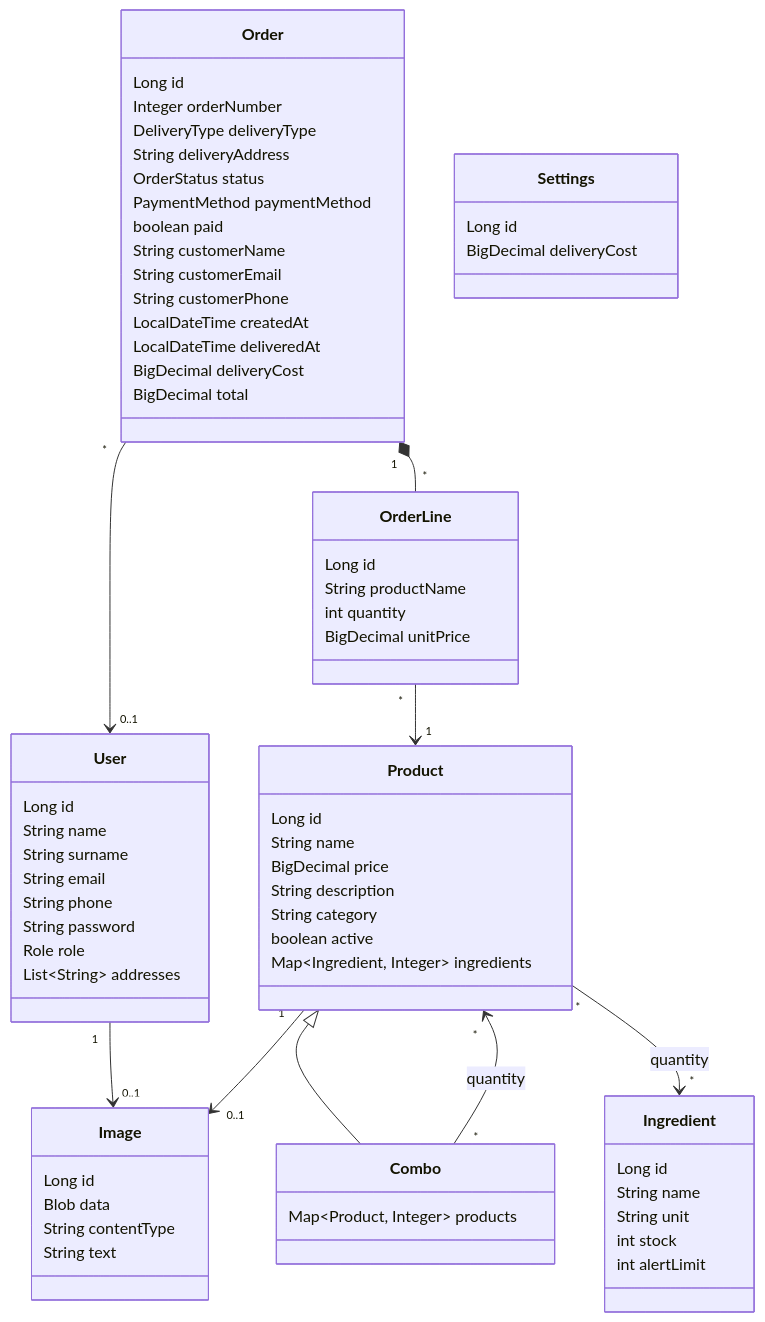
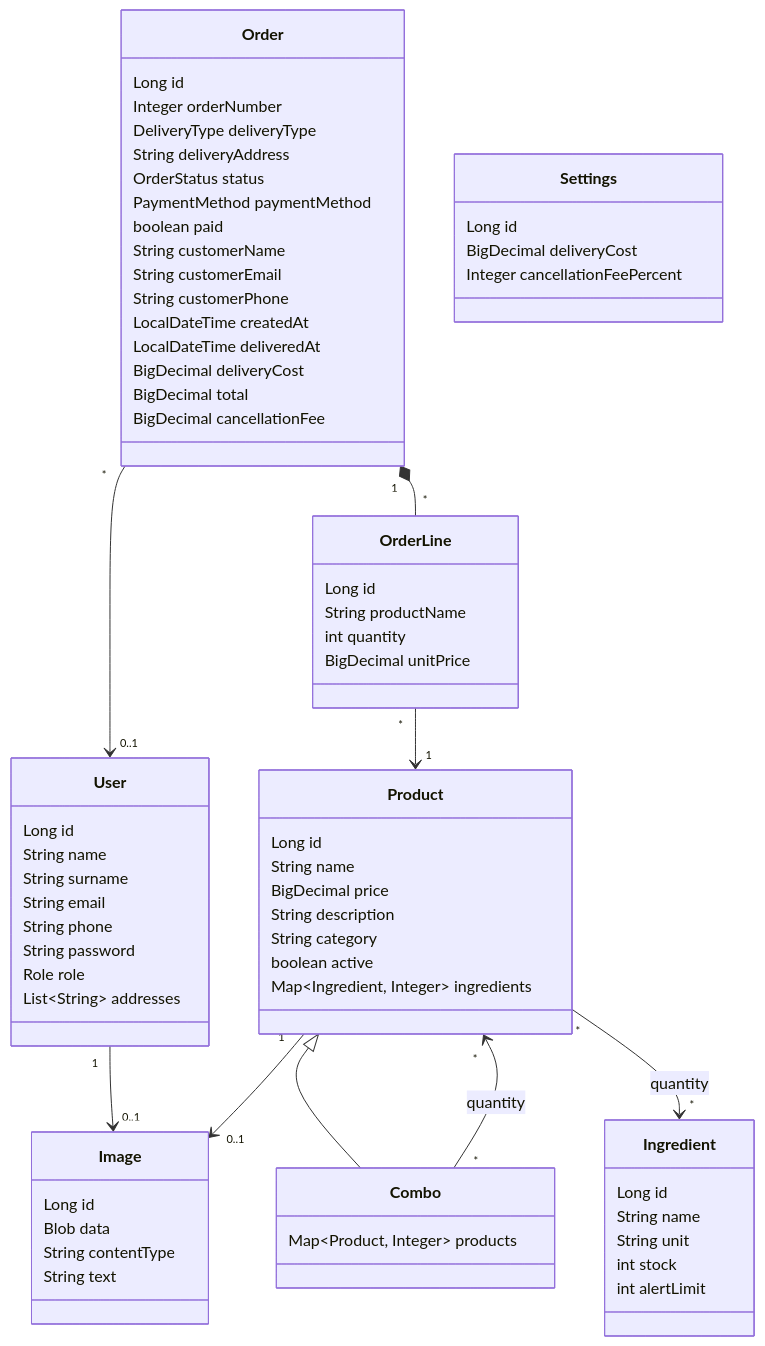
The first of 3 diagrams in docs/development-guide.md (codeurjc-students/2026-Kombo), drawn with Mermaid before and after one commit. The commit also changed other lines of this file and 42 other files, not shown here.

Commit message:
Add order cancellation with fee

````diff
--- a/docs/development-guide.md
+++ b/docs/development-guide.md
@@ -77,73 +77,75 @@
 ```mermaid
 classDiagram
     class User {
         Long id
         String name
         String surname
         String email
         String phone
         String password
         Role role
         List~String~ addresses
     }
     class Image {
         Long id
         Blob data
         String contentType
         String text
     }
     class Ingredient {
         Long id
         String name
         String unit
         int stock
         int alertLimit
     }
     class Product {
         Long id
         String name
         BigDecimal price
         String description
         String category
         boolean active
         Map~Ingredient, Integer~ ingredients
     }
     class Combo {
         Map~Product, Integer~ products
     }
     class Order {
         Long id
         Integer orderNumber
         DeliveryType deliveryType
         String deliveryAddress
         OrderStatus status
         PaymentMethod paymentMethod
         boolean paid
         String customerName
         String customerEmail
         String customerPhone
         LocalDateTime createdAt
         LocalDateTime deliveredAt
         BigDecimal deliveryCost
         BigDecimal total
+        BigDecimal cancellationFee
     }
     class OrderLine {
         Long id
         String productName
         int quantity
         BigDecimal unitPrice
     }
     class Settings {
         Long id
         BigDecimal deliveryCost
+        Integer cancellationFeePercent
     }
 
     Product <|-- Combo
     User "1" --> "0..1" Image
     Product "1" --> "0..1" Image
     Product "*" --> "*" Ingredient : quantity
     Combo "*" --> "*" Product : quantity
     Order "*" --> "0..1" User
     Order "1" *-- "*" OrderLine
     OrderLine "*" --> "1" Product
 ```
````
